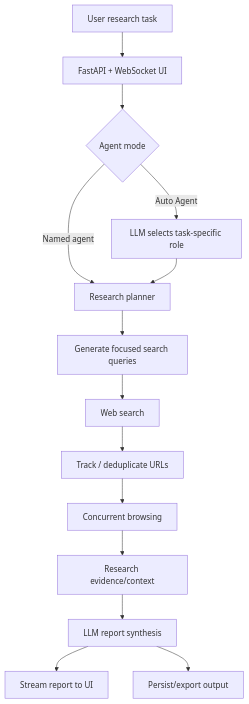
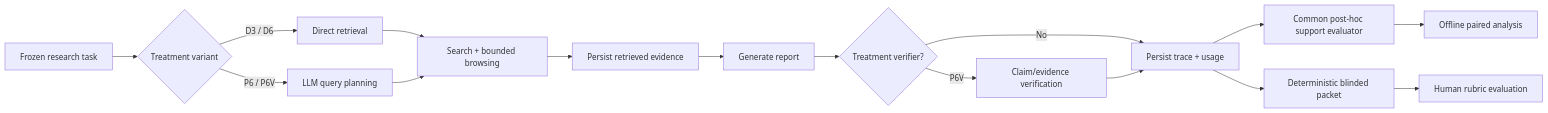
One commit to anupamking01/Ai-Researcher-Agent changed the diagram in README.md. Above: the diagram before and after it, drawn with Mermaid. The commit also changed other lines of this file, not shown here.

Commit message:
docs: make research landing page match study state

````diff
--- a/README.md
+++ b/README.md
@@ -37,16 +49,18 @@
 ```mermaid
-flowchart TD
-    U[User research task] --> API[FastAPI + WebSocket UI]
-    API --> SEL{Agent mode}
-    SEL -->|Auto Agent| ROLE[LLM selects task-specific role]
-    SEL -->|Named agent| PLAN[Research planner]
-    ROLE --> PLAN
-    PLAN --> Q[Generate focused search queries]
-    Q --> SEARCH[Web search]
-    SEARCH --> TRACK[Track / deduplicate URLs]
-    TRACK --> BROWSE[Concurrent browsing]
-    BROWSE --> CONTEXT[Research evidence/context]
-    CONTEXT --> WRITE[LLM report synthesis]
-    WRITE --> STREAM[Stream report to UI]
-    WRITE --> OUTPUT[Persist/export output]
+flowchart LR
+    T[Frozen research task] --> V{Treatment variant}
+    V -->|D3 / D6| DIRECT[Direct retrieval]
+    V -->|P6 / P6V| PLAN[LLM query planning]
+    DIRECT --> WEB[Search + bounded browsing]
+    PLAN --> WEB
+    WEB --> EVIDENCE[Persist retrieved evidence]
+    EVIDENCE --> REPORT[Generate report]
+    REPORT --> VERIFY{Treatment verifier?}
+    VERIFY -->|P6V| VCHECK[Claim/evidence verification]
+    VERIFY -->|No| TRACE[Persist trace + usage]
+    VCHECK --> TRACE
+    TRACE --> COMMON[Common post-hoc support evaluator]
+    COMMON --> ANALYSIS[Offline paired analysis]
+    TRACE --> BLIND[Deterministic blinded packet]
+    BLIND --> HUMAN[Human rubric evaluation]
 ```
````
